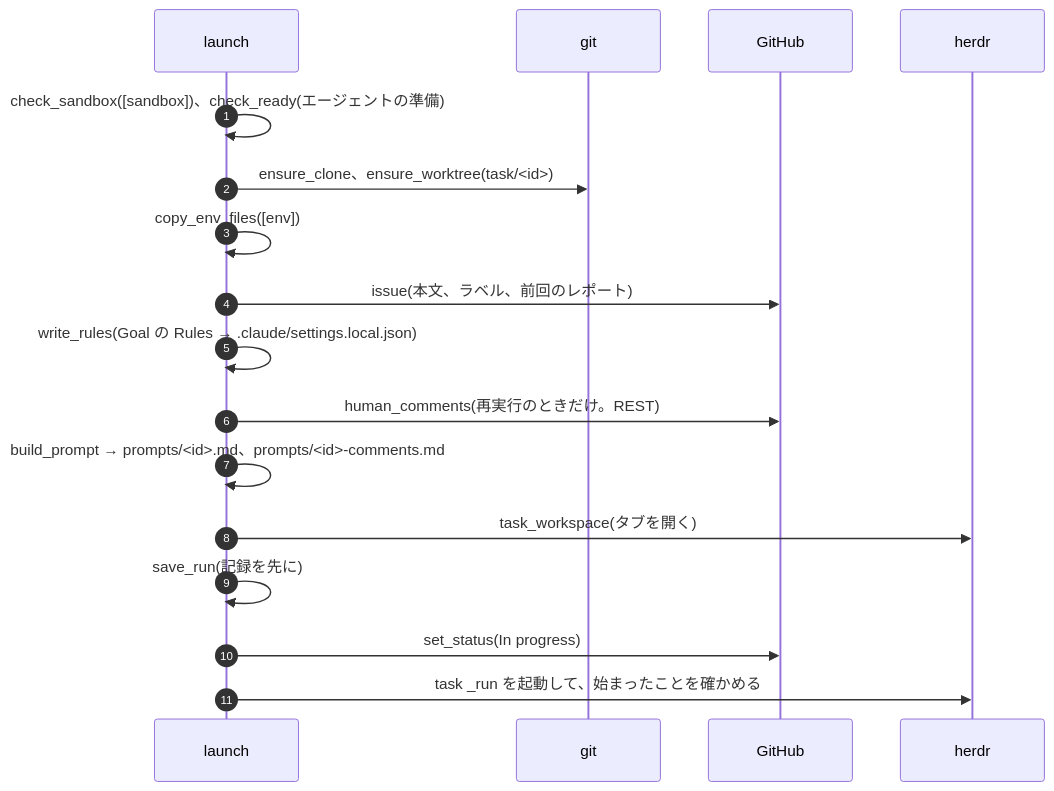
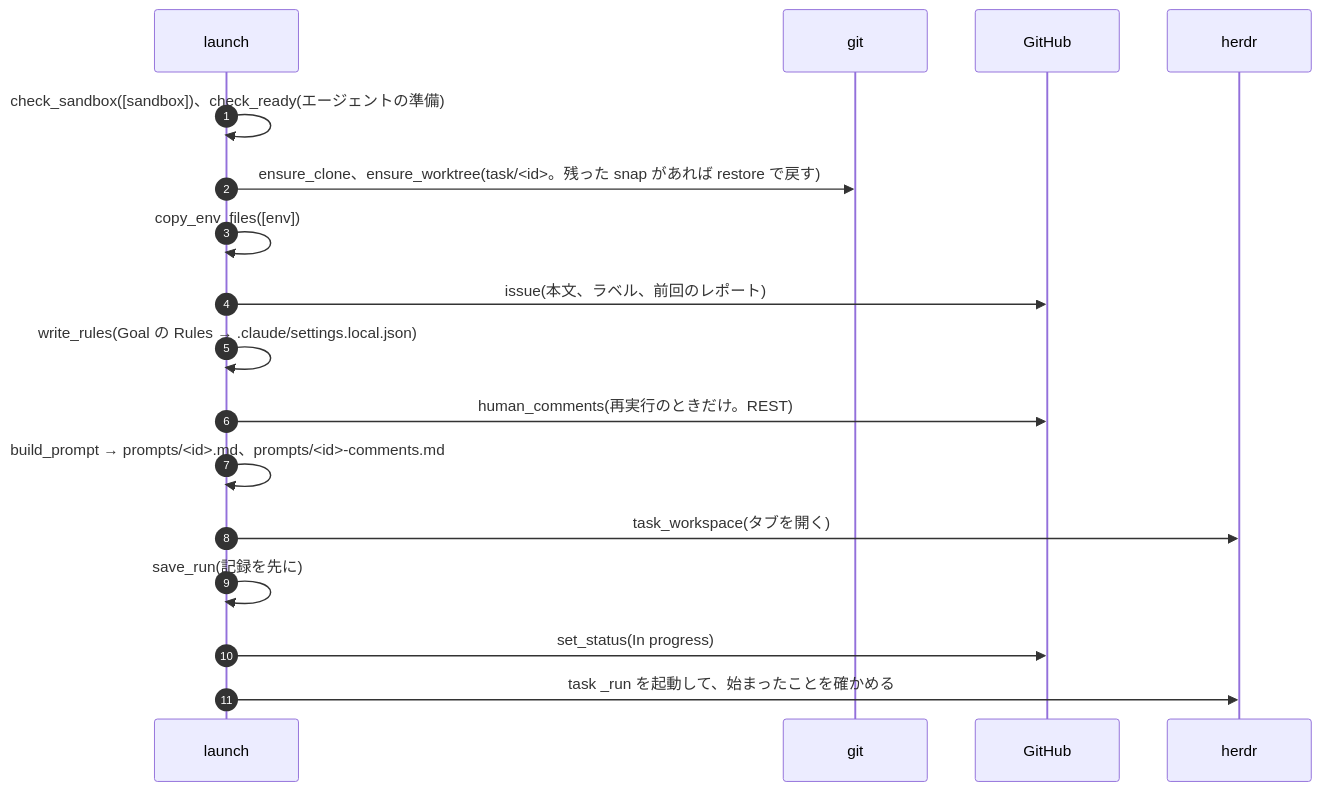
One commit to jyoka/task-hub changed the fifth of 9 diagrams in docs/architecture/lld.md. Above: the diagram before and after it, drawn with Mermaid. The commit also changed other lines of this file and 3 other files, not shown here.

````diff
--- a/docs/architecture/lld.md
+++ b/docs/architecture/lld.md
@@ -214,19 +228,19 @@
 ```mermaid
 sequenceDiagram
     autonumber
     participant L as launch
     participant G as git
     participant GH as GitHub
     participant H as herdr
     L->>L: check_sandbox([sandbox])、check_ready(エージェントの準備)
-    L->>G: ensure_clone、ensure_worktree(task/<id>)
+    L->>G: ensure_clone、ensure_worktree(task/<id>。残った snap があれば restore で戻す)
     L->>L: copy_env_files([env])
     L->>GH: issue(本文、ラベル、前回のレポート)
     L->>L: write_rules(Goal の Rules → .claude/settings.local.json)
     L->>GH: human_comments(再実行のときだけ。REST)
     L->>L: build_prompt → prompts/<id>.md、prompts/<id>-comments.md
     L->>H: task_workspace(タブを開く)
     L->>L: save_run(記録を先に)
     L->>GH: set_status(In progress)
     L->>H: task _run を起動して、始まったことを確かめる
 ```
````
